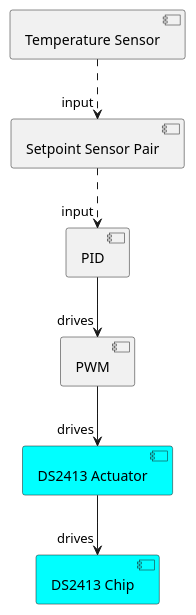
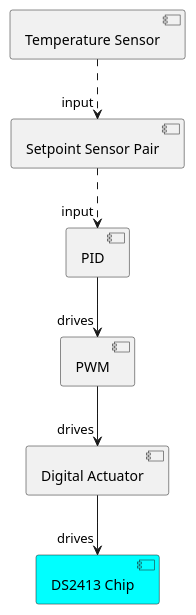
Before and after one commit to BrewBlox/brewblox-documentation: the diagram in docs/uml/onewire_chain.puml, drawn with PlantUML. The commit also changed 7 other files, not shown here.

```diff
--- a/docs/uml/onewire_chain.puml
+++ b/docs/uml/onewire_chain.puml
@@ -1,14 +1,14 @@
 @startuml OneWire control chain
 component PID
 component PWM
-component Actuator as "DS2413 Actuator" #Cyan
+component Actuator as "Digital Actuator"
 component Chip as "DS2413 Chip" #Cyan
 component SSP as "Setpoint Sensor Pair"
 component Sensor as "Temperature Sensor"
 
 Sensor .down.> "input" SSP
 SSP .down.> "input" PID
 PID -down-> "drives" PWM
 PWM -down-> "drives" Actuator
 Actuator -down-> "drives" Chip
 @enduml
```
